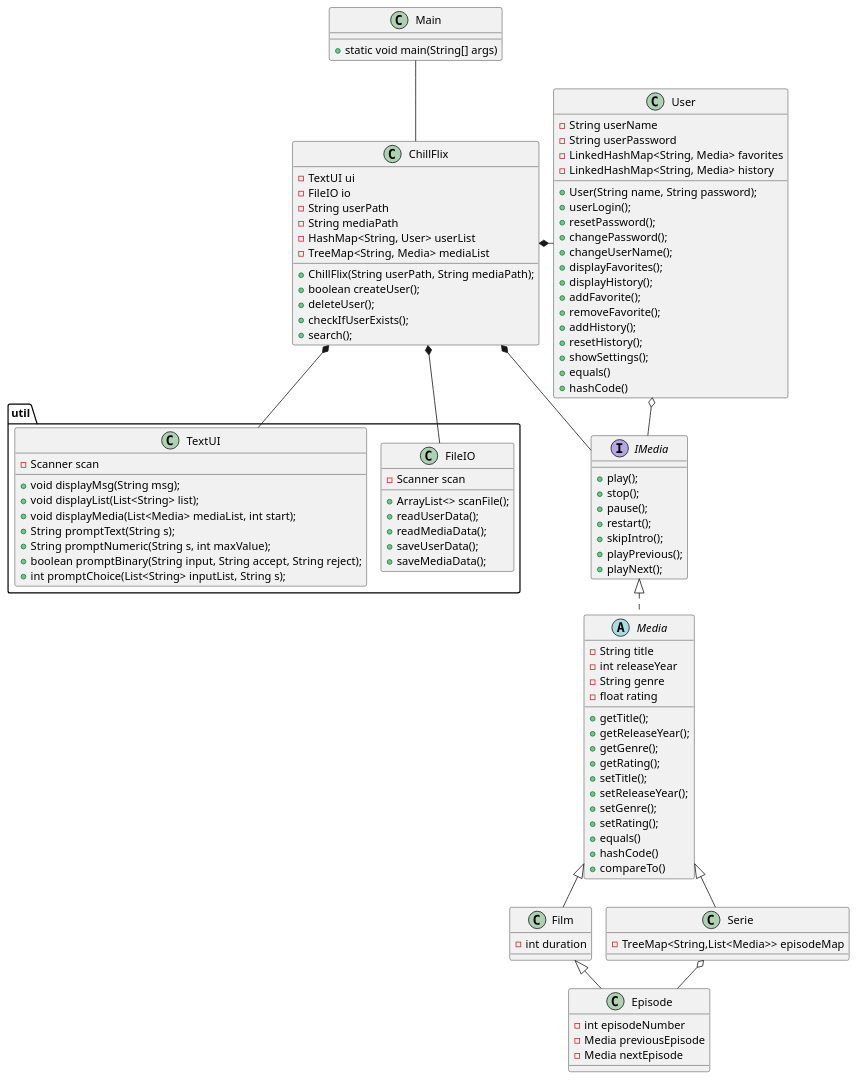
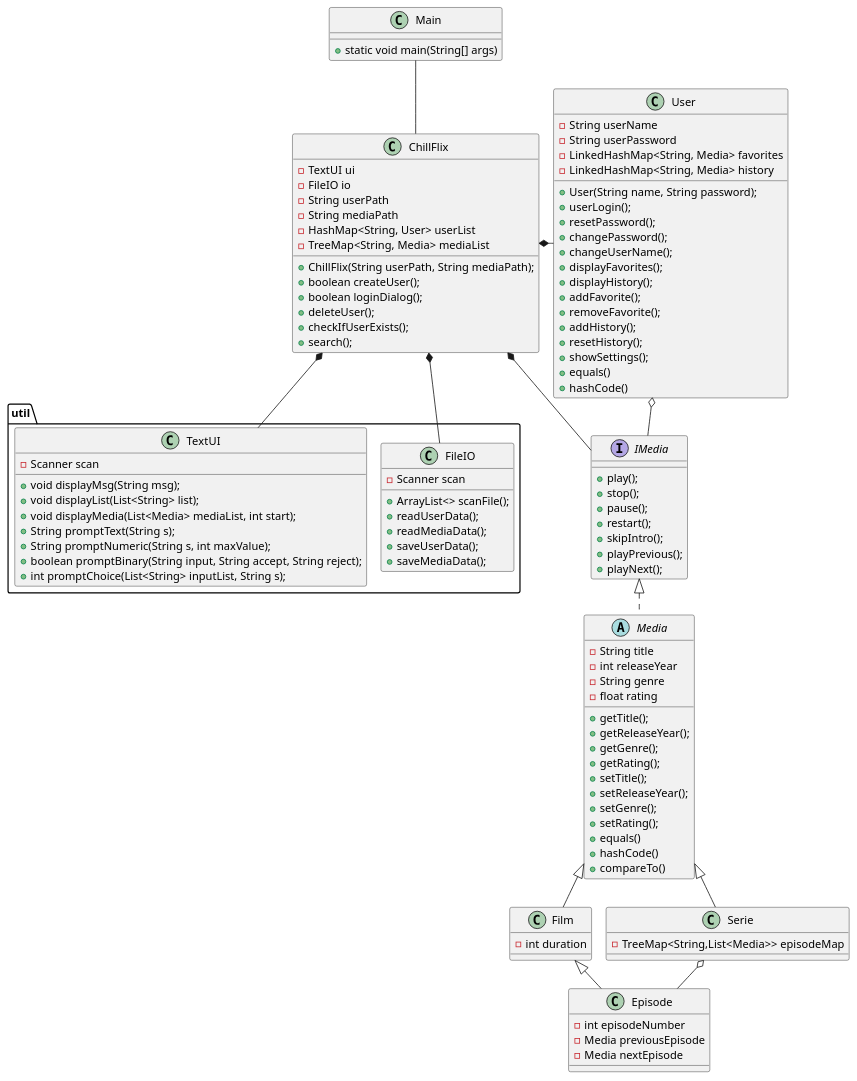
One commit to Falcho/SP3 changed the diagram in docs/classDiagram.puml. Above: the diagram before and after it, drawn with PlantUML.

Commit message:
Added loginDialog to classDiagram.puml

```diff
--- a/docs/classDiagram.puml
+++ b/docs/classDiagram.puml
@@ -1,120 +1,121 @@
 @startuml
 'https://plantuml.com/class-diagram
 !pragma layout smetana
 
 Class Main{
 +static void main(String[] args)
 }
 
 Class ChillFlix{
 -TextUI ui
 -FileIO io
 -String userPath
 -String mediaPath
 -HashMap<String, User> userList
 -TreeMap<String, Media> mediaList
 +ChillFlix(String userPath, String mediaPath);
 +boolean createUser();
++boolean loginDialog();
 +deleteUser();
 +checkIfUserExists();
 +search();
 }
 
 
 Class User{
 -String userName
 -String userPassword
 -LinkedHashMap<String, Media> favorites
 -LinkedHashMap<String, Media> history
 +User(String name, String password);
 +userLogin();
 +resetPassword();
 +changePassword();
 +changeUserName();
 +displayFavorites();
 +displayHistory();
 +addFavorite();
 +removeFavorite();
 +addHistory();
 +resetHistory();
 +showSettings();
 +equals()
 +hashCode()
 }
 
 Interface IMedia{
 +play();
 +stop();
 +pause();
 +restart();
 +skipIntro();
 +playPrevious();
 +playNext();
 }
 abstract Class Media{
 -String title
 -int releaseYear
 -String genre
 -float rating
 +getTitle();
 +getReleaseYear();
 +getGenre();
 +getRating();
 +setTitle();
 +setReleaseYear();
 +setGenre();
 +setRating();
 +equals()
 +hashCode()
 +compareTo()
 }
 
 Class Film {
 -int duration
 }
 
 Class Serie{
 -TreeMap<String,List<Media>> episodeMap
 }
 
 
 Class Episode{
 -int episodeNumber
 -Media previousEpisode
 -Media nextEpisode
 }
 package util {
     Class FileIO{
     -Scanner scan
     +ArrayList<> scanFile();
     +readUserData();
     +readMediaData();
     +saveUserData();
     +saveMediaData();
     }
 
     Class TextUI{
     -Scanner scan
     +void displayMsg(String msg);
     +void displayList(List<String> list);
     +void displayMedia(List<Media> mediaList, int start);
     +String promptText(String s);
     +String promptNumeric(String s, int maxValue);
     +boolean promptBinary(String input, String accept, String reject);
     +int promptChoice(List<String> inputList, String s);
     }
 }
 
 Film <|-- Episode
 Media <|-- Film
 Media <|-- Serie
 Serie o-- Episode
 IMedia <|.. Media
 ChillFlix *- User
 ChillFlix *-- IMedia
 ChillFlix *-- FileIO
 ChillFlix *-- TextUI
 Main -- ChillFlix
 User o- IMedia
 
 @enduml
```
